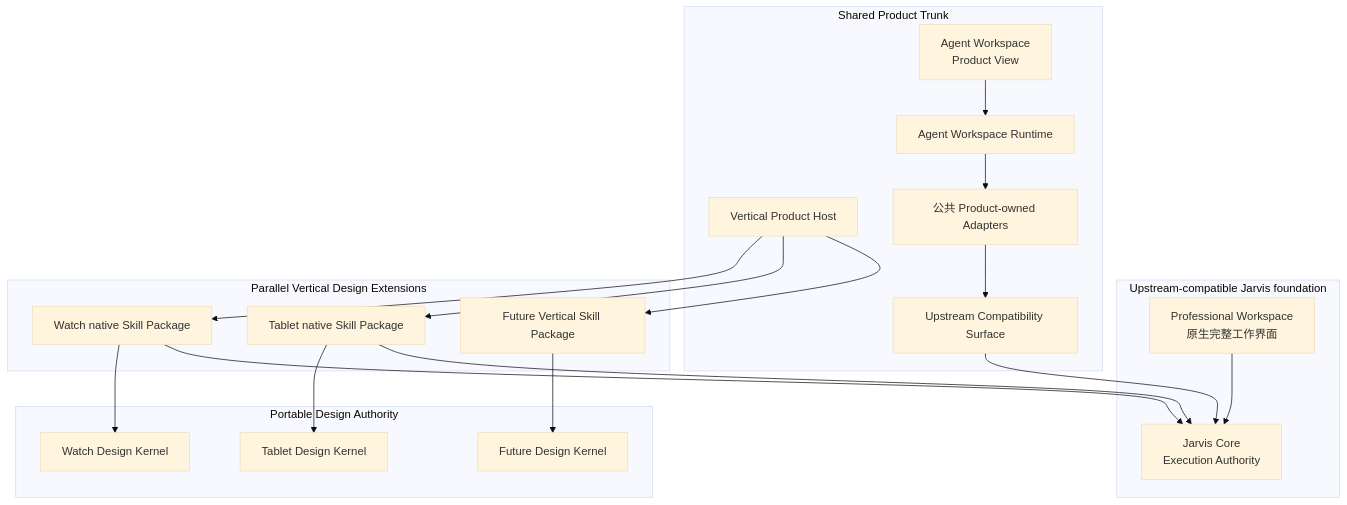
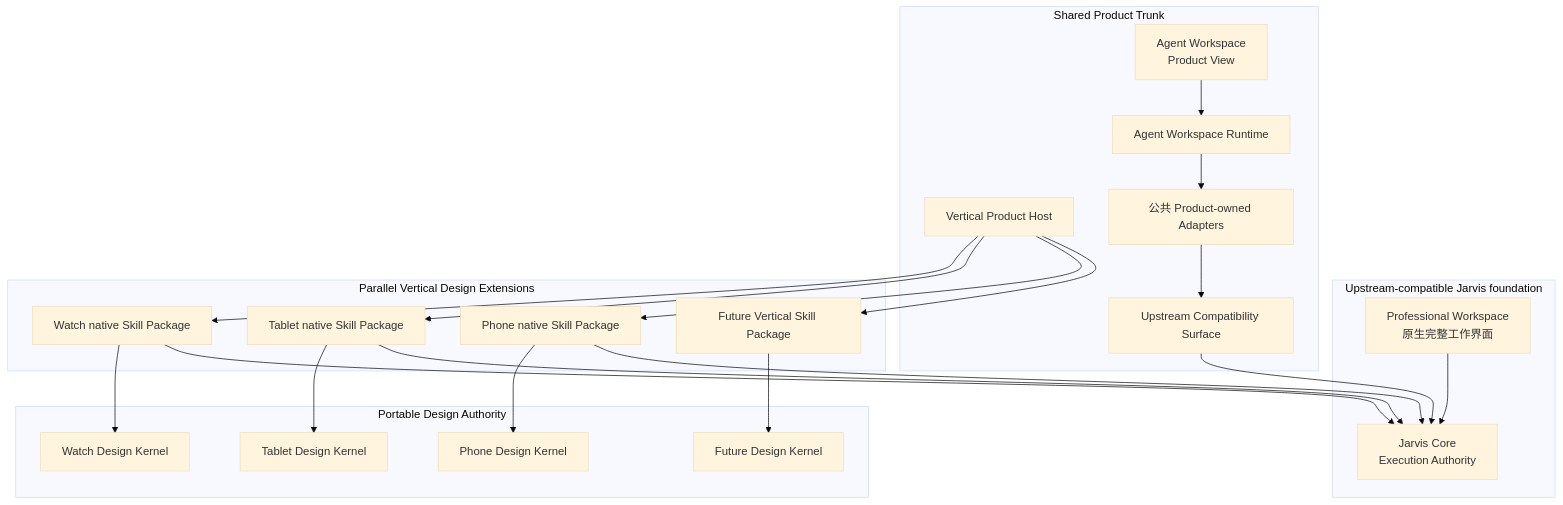
Before and after one commit to CWen001/JarvisHub: the first of 3 diagrams in docs/product-architecture.md, drawn with Mermaid (base theme). The commit also changed other lines of this file and 19 other files, not shown here.

Commit message:
feat(phone): add native design vertical

````diff
--- a/docs/product-architecture.md
+++ b/docs/product-architecture.md
@@ -80,41 +80,46 @@
 ```mermaid
 flowchart TB
   subgraph U[Upstream-compatible Jarvis foundation]
     JC[Jarvis Core\nExecution Authority]
     PW[Professional Workspace\n原生完整工作界面]
   end
 
   subgraph S[Shared Product Trunk]
     UCS[Upstream Compatibility Surface]
     AWR[Agent Workspace Runtime]
     PH[Vertical Product Host]
     AW[Agent Workspace\nProduct View]
     DA[公共 Product-owned Adapters]
   end
 
   subgraph V[Parallel Vertical Design Extensions]
     WS[Watch native Skill Package]
     TS[Tablet native Skill Package]
+    PS[Phone native Skill Package]
     FK[Future Vertical Skill Package]
   end
 
   subgraph K[Portable Design Authority]
     WK[Watch Design Kernel]
     TK[Tablet Design Kernel]
+    PK[Phone Design Kernel]
     FPK[Future Design Kernel]
   end
 
   AW --> AWR
   AWR --> DA
   DA --> UCS
   UCS --> JC
   PW --> JC
   PH --> WS
   PH --> TS
+  PH --> PS
   PH --> FK
   WS --> WK
   TS --> TK
+  PS --> PK
   FK --> FPK
   WS --> JC
   TS --> JC
+  PS --> JC
 ```
````
